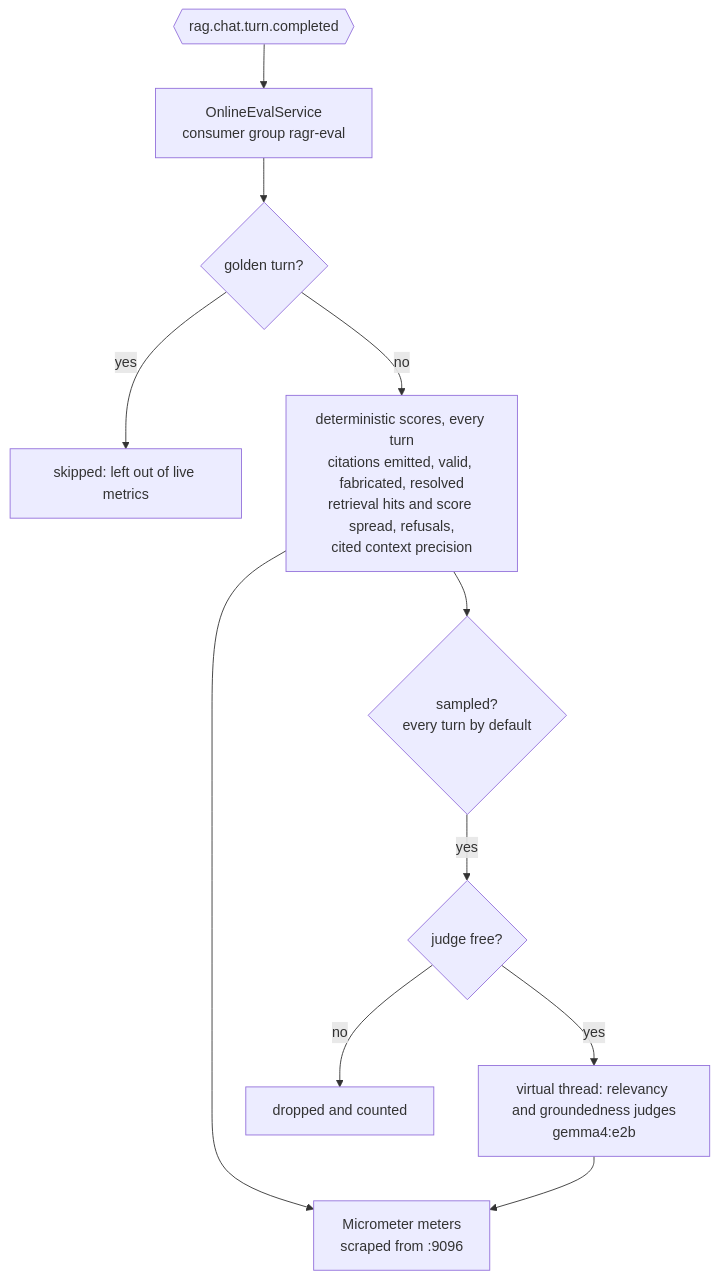
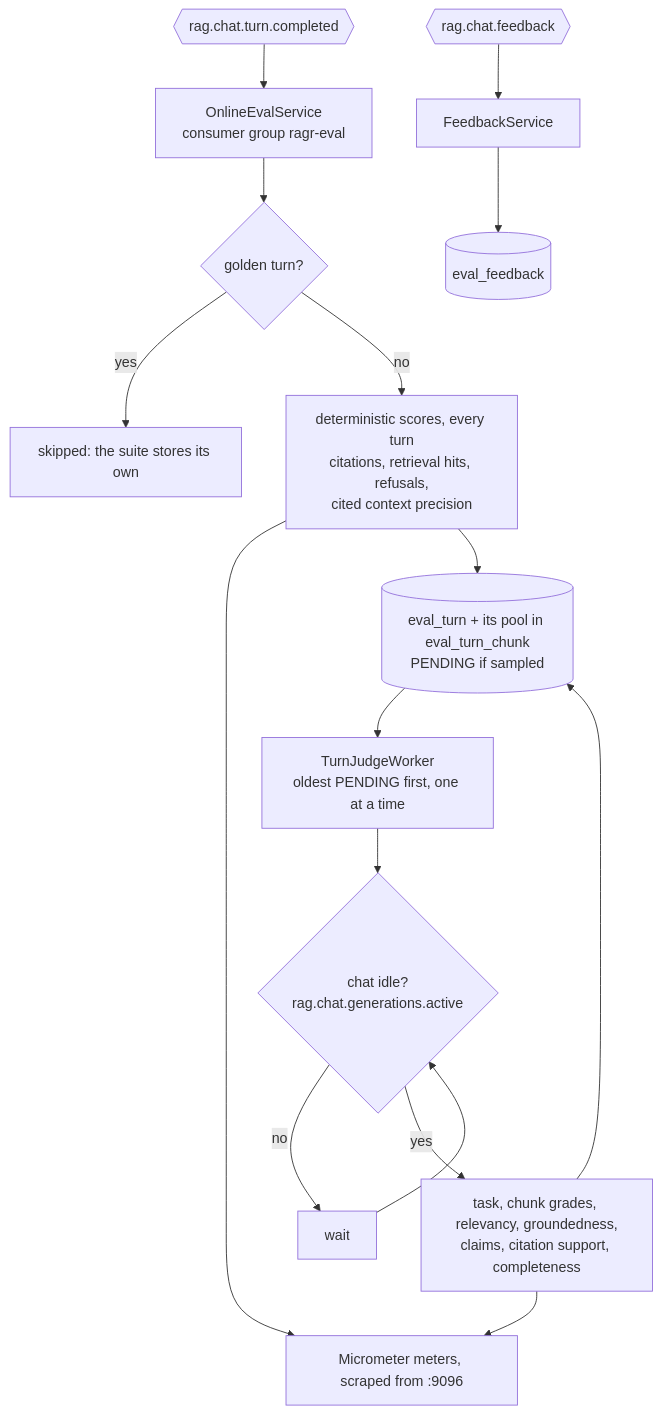
The first of 2 diagrams in ragr-eval/README.md (subhanmishra/spring-ai), drawn with Mermaid before and after one commit. The commit also changed other lines of this file and 78 other files, not shown here.

````diff
--- a/ragr-eval/README.md
+++ b/ragr-eval/README.md
@@ -23,13 +41,17 @@
 ```mermaid
 flowchart TD
     k{{rag.chat.turn.completed}} --> l[OnlineEvalService<br/>consumer group ragr-eval]
     l --> g{golden turn?}
-    g -- yes --> skip[skipped: left out of live metrics]
-    g -- no --> det[deterministic scores, every turn<br/>citations emitted, valid, fabricated, resolved<br/>retrieval hits and score spread, refusals,<br/>cited context precision]
-    det --> m[Micrometer meters<br/>scraped from :9096]
-    det --> s{sampled?<br/>every turn by default}
-    s -- yes --> free{judge free?}
-    free -- yes --> j[virtual thread: relevancy and groundedness judges<br/>gemma4:e2b]
-    free -- no --> drop[dropped and counted]
+    g -- yes --> skip[skipped: the suite stores its own]
+    g -- no --> det[deterministic scores, every turn<br/>citations, retrieval hits, refusals,<br/>cited context precision]
+    det --> m[Micrometer meters, scraped from :9096]
+    det --> row[(eval_turn + its pool in eval_turn_chunk<br/>PENDING if sampled)]
+    row --> w[TurnJudgeWorker<br/>oldest PENDING first, one at a time]
+    w --> gate{chat idle?<br/>rag.chat.generations.active}
+    gate -- no --> wait[wait]
+    wait --> gate
+    gate -- yes --> j[task, chunk grades, relevancy, groundedness,<br/>claims, citation support, completeness]
+    j --> row
     j --> m
+    f{{rag.chat.feedback}} --> fb[FeedbackService] --> fr[(eval_feedback)]
 ```
````
